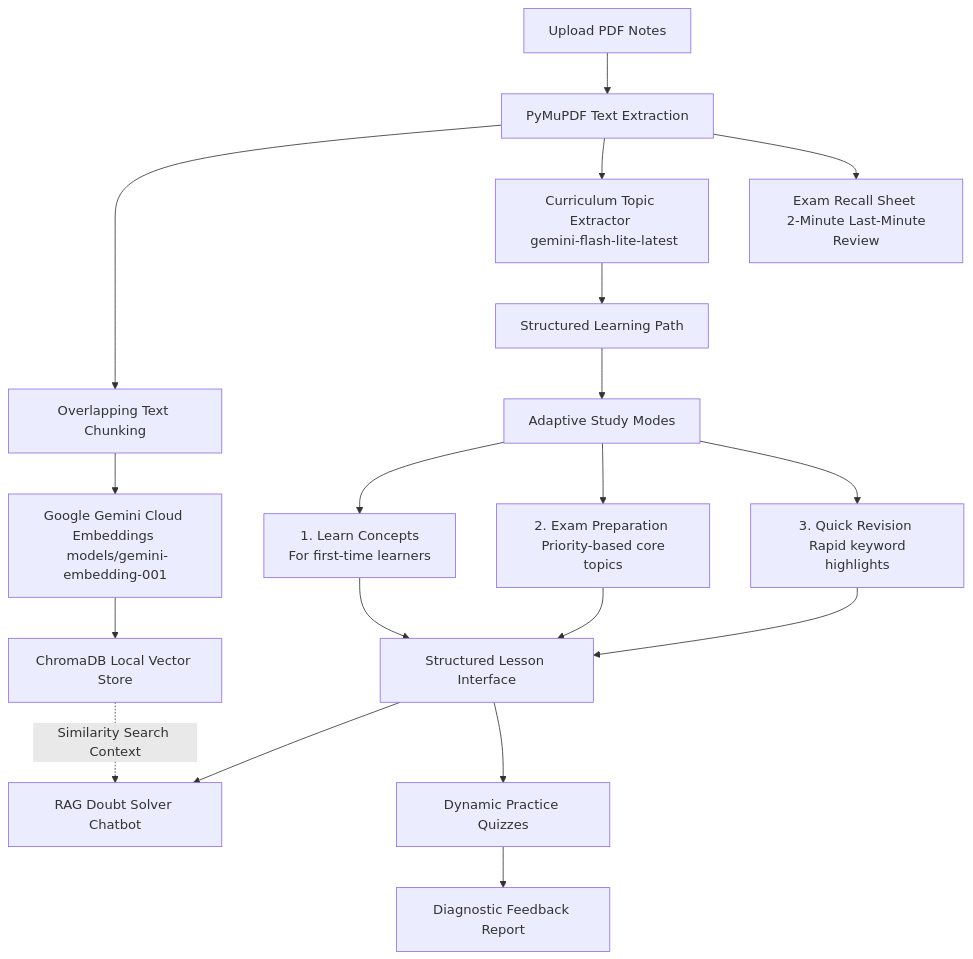
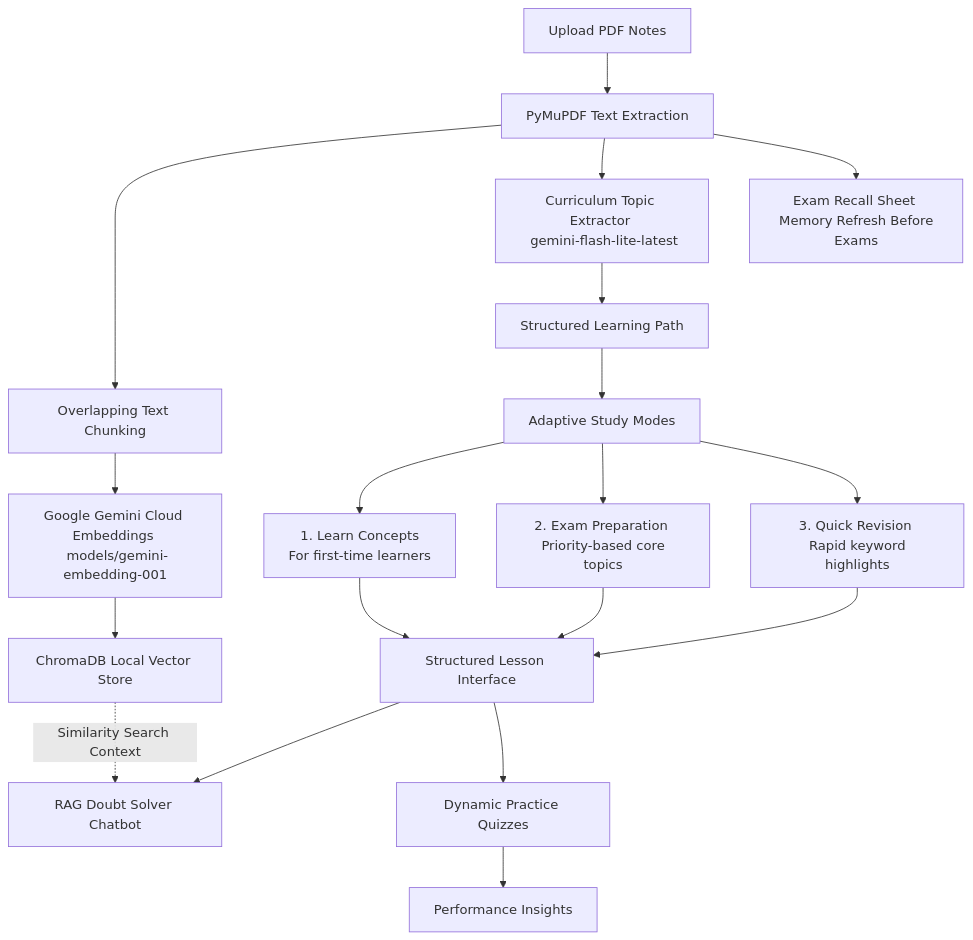
The diagram in README.md (SaniyaJos/Adaptive-Study-Assistant), drawn with Mermaid before and after one commit. The commit also changed other lines of this file, not shown here.

````diff
--- a/README.md
+++ b/README.md
@@ -11,25 +11,25 @@
 ```mermaid
 graph TD
     A[Upload PDF Notes] --> B[PyMuPDF Text Extraction]
     B --> C[Overlapping Text Chunking]
     C --> D[Google Gemini Cloud Embeddings <br> models/gemini-embedding-001]
     D --> E[ChromaDB Local Vector Store]
     
     B --> F[Curriculum Topic Extractor <br> gemini-flash-lite-latest]
     F --> G[Structured Learning Path]
     
     G --> H[Adaptive Study Modes]
     H --> I[1. Learn Concepts <br> For first-time learners]
     H --> J[2. Exam Preparation <br> Priority-based core topics]
     H --> K[3. Quick Revision <br> Rapid keyword highlights]
     
     I & J & K --> L[Structured Lesson Interface]
     
     L --> M[RAG Doubt Solver Chatbot]
     E -.->|Similarity Search Context| M
     
     L --> N[Dynamic Practice Quizzes]
-    N --> O[Diagnostic Feedback Report]
+    N --> O[Performance Insights]
     
-    B --> P[Exam Recall Sheet <br> 2-Minute Last-Minute Review]
+    B --> P[Exam Recall Sheet <br> Memory Refresh Before Exams]
 ```
````
